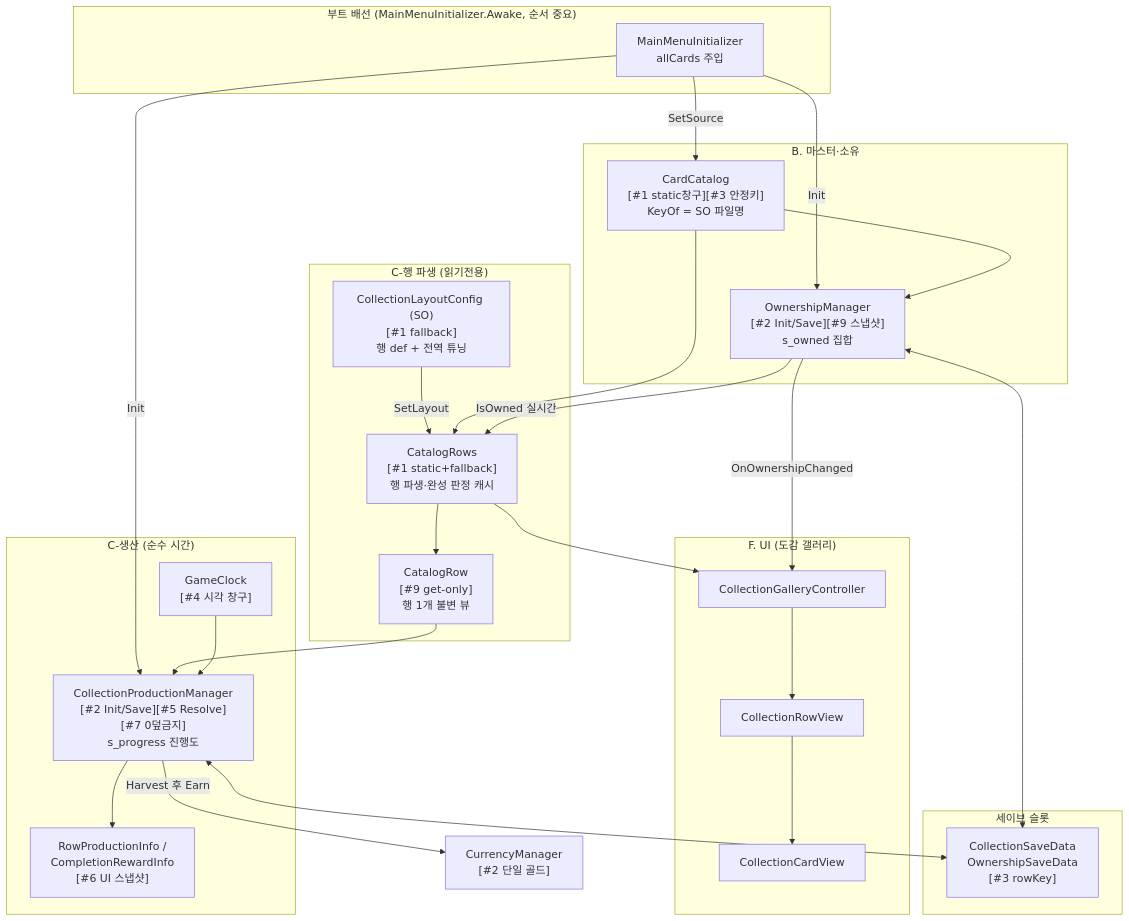
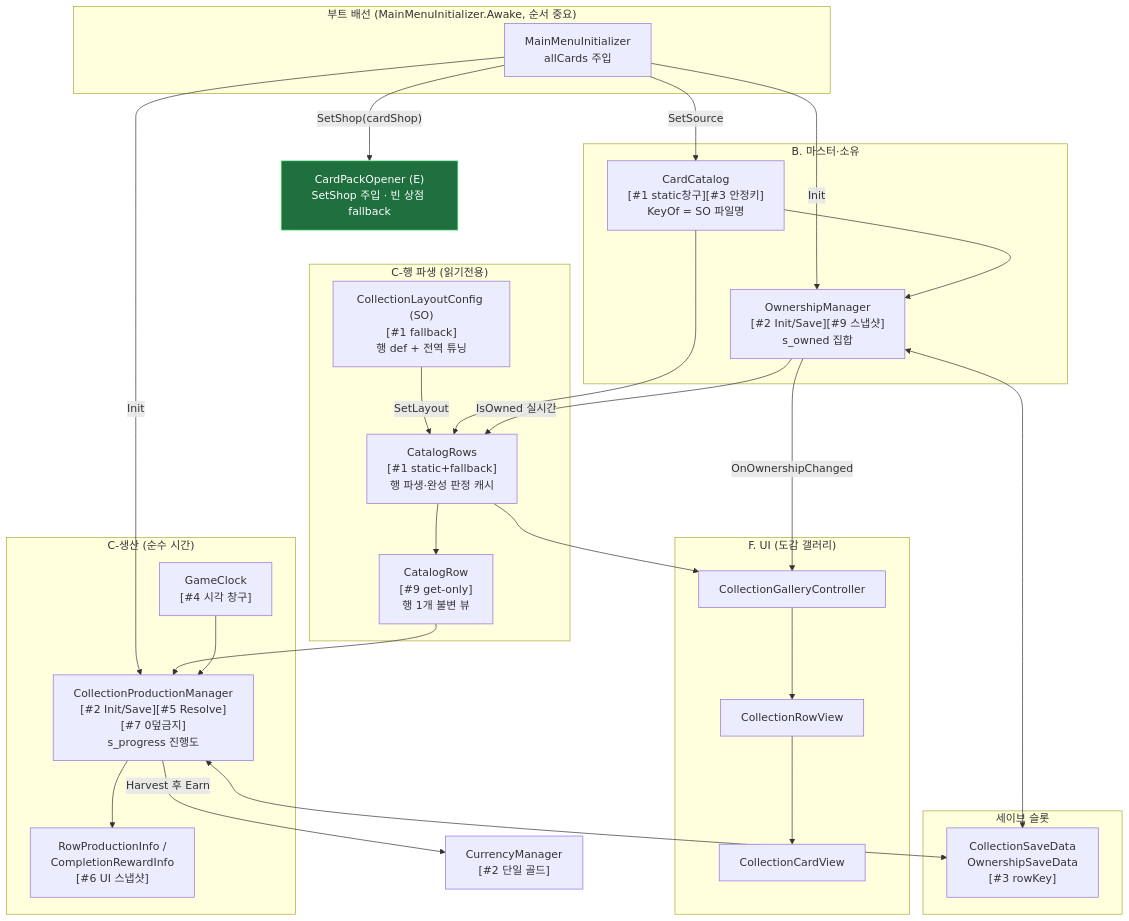
One commit to hspark-maker/TeamfightTCG_Migriation changed the second of 11 diagrams in docs/OutGamePlan/STRUCTURE.md. Above: the diagram before and after it, drawn with Mermaid. The commit also changed other lines of this file and 9 other files, not shown here.

````diff
--- a/docs/OutGamePlan/STRUCTURE.md
+++ b/docs/OutGamePlan/STRUCTURE.md
@@ -77,53 +79,56 @@
 ```mermaid
 flowchart TD
     subgraph boot["부트 배선 (MainMenuInitializer.Awake, 순서 중요)"]
         INIT["MainMenuInitializer<br/>allCards 주입"]
     end
 
     subgraph master["B. 마스터·소유"]
         CAT["CardCatalog<br/>[#1 static창구][#3 안정키]<br/>KeyOf = SO 파일명"]
         OWN["OwnershipManager<br/>[#2 Init/Save][#9 스냅샷]<br/>s_owned 집합"]
     end
 
     subgraph derive["C-행 파생 (읽기전용)"]
         CFG["CollectionLayoutConfig (SO)<br/>[#1 fallback]<br/>행 def + 전역 튜닝"]
         ROWS["CatalogRows<br/>[#1 static+fallback]<br/>행 파생·완성 판정 캐시"]
         ROW["CatalogRow<br/>[#9 get-only]<br/>행 1개 불변 뷰"]
     end
 
     subgraph prod["C-생산 (순수 시간)"]
         CLOCK["GameClock<br/>[#4 시각 창구]"]
         PROD["CollectionProductionManager<br/>[#2 Init/Save][#5 Resolve][#7 0덮금지]<br/>s_progress 진행도"]
         INFO["RowProductionInfo /<br/>CompletionRewardInfo<br/>[#6 UI 스냅샷]"]
     end
 
     subgraph save["세이브 슬롯"]
         SD["CollectionSaveData<br/>OwnershipSaveData<br/>[#3 rowKey]"]
     end
 
     CUR["CurrencyManager<br/>[#2 단일 골드]"]
+    OPENER["CardPackOpener (E)<br/>SetShop 주입 · 빈 상점 fallback"]:::new
 
     subgraph ui["F. UI (도감 갤러리)"]
         GAL["CollectionGalleryController"]
         RV["CollectionRowView"]
         CV["CollectionCardView"]
     end
 
     INIT -->|SetSource| CAT
     INIT -->|Init| OWN
     INIT -->|Init| PROD
+    INIT -->|"SetShop(cardShop)"| OPENER
     CAT --> OWN
     CFG -->|SetLayout| ROWS
     CAT --> ROWS
     ROWS --> ROW
     OWN -->|IsOwned 실시간| ROWS
     ROW --> PROD
     CLOCK --> PROD
     PROD -->|"Harvest 후 Earn"| CUR
     OWN <--> SD
     PROD <--> SD
     PROD --> INFO
     ROWS --> GAL
     GAL --> RV --> CV
     OWN -->|OnOwnershipChanged| GAL
+    classDef new fill:#1f6f3f,stroke:#7CFC9E,color:#fff;
 ```
````
